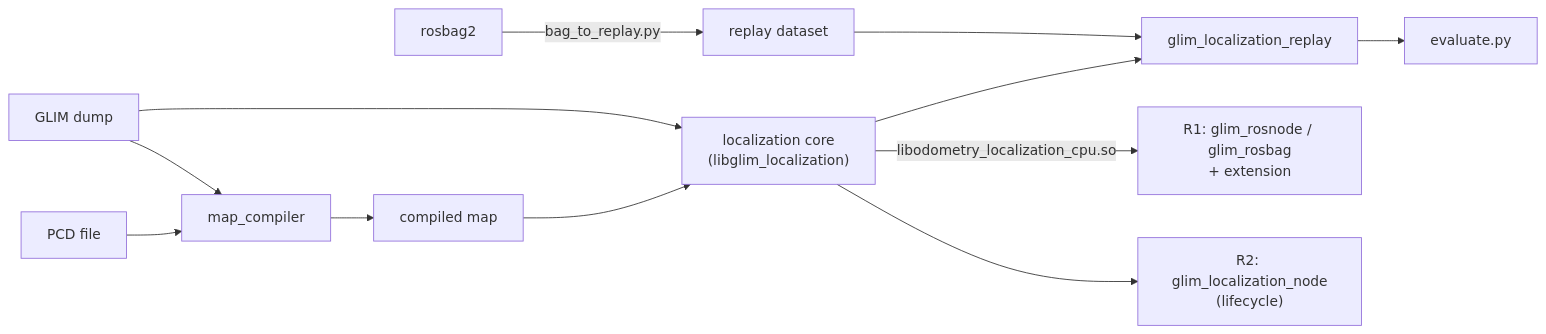
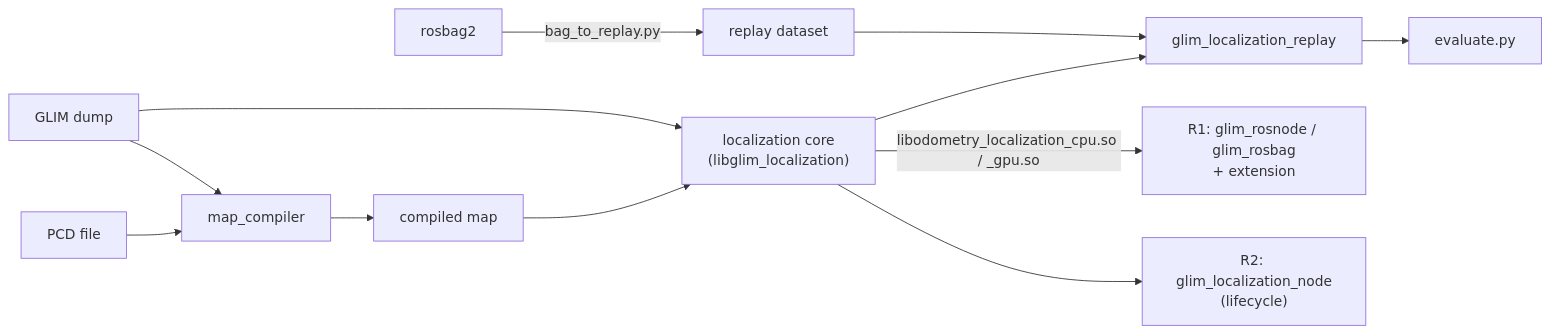
One commit to atinfinity/glim_localization changed the diagram in README.md. Above: the diagram before and after it, drawn with Mermaid. The commit also changed other lines of this file and 3 other files, not shown here.

````diff
--- a/README.md
+++ b/README.md
@@ -14,13 +14,13 @@
 ```mermaid
 flowchart LR
   dump["GLIM dump"] --> compiler["map_compiler"]
   pcd["PCD file"] --> compiler
   compiler --> map["compiled map"]
   dump --> core
   map --> core["localization core<br/>(libglim_localization)"]
   bag["rosbag2"] -->|bag_to_replay.py| dataset["replay dataset"]
   dataset --> replay["glim_localization_replay"] --> eval["evaluate.py"]
   core --> replay
-  core -->|libodometry_localization_cpu.so| r1["R1: glim_rosnode / glim_rosbag<br/>+ extension"]
+  core -->|libodometry_localization_cpu.so / _gpu.so| r1["R1: glim_rosnode / glim_rosbag<br/>+ extension"]
   core --> r2["R2: glim_localization_node<br/>(lifecycle)"]
 ```
````
